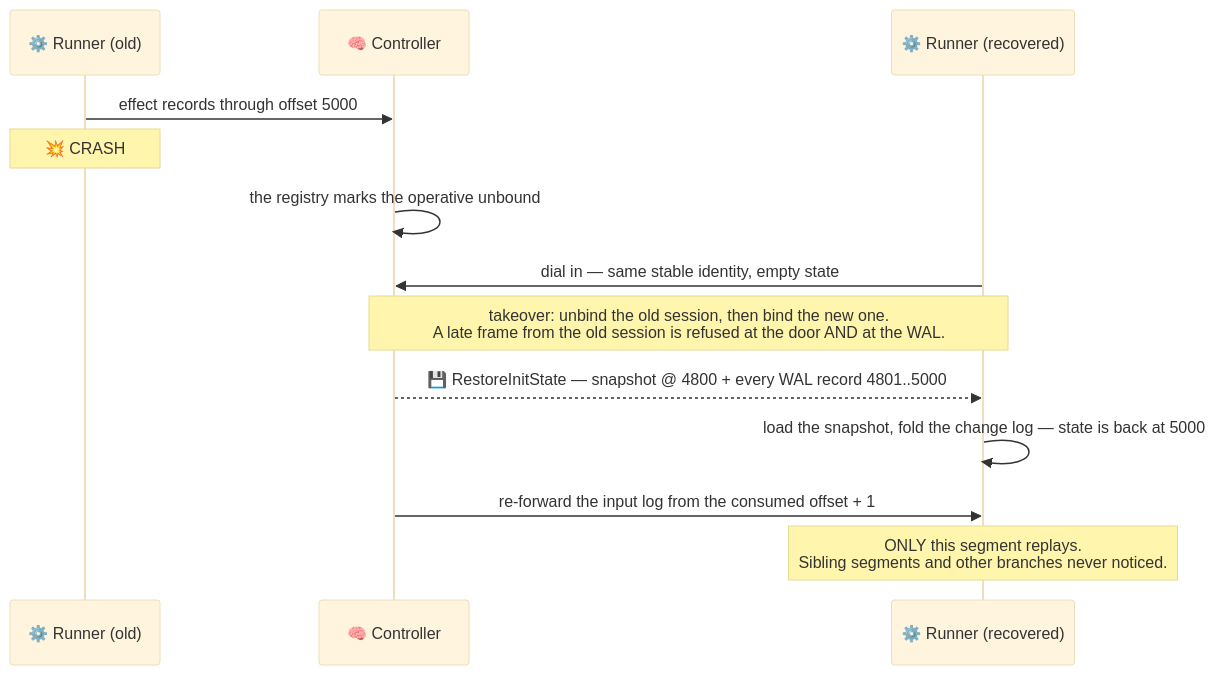
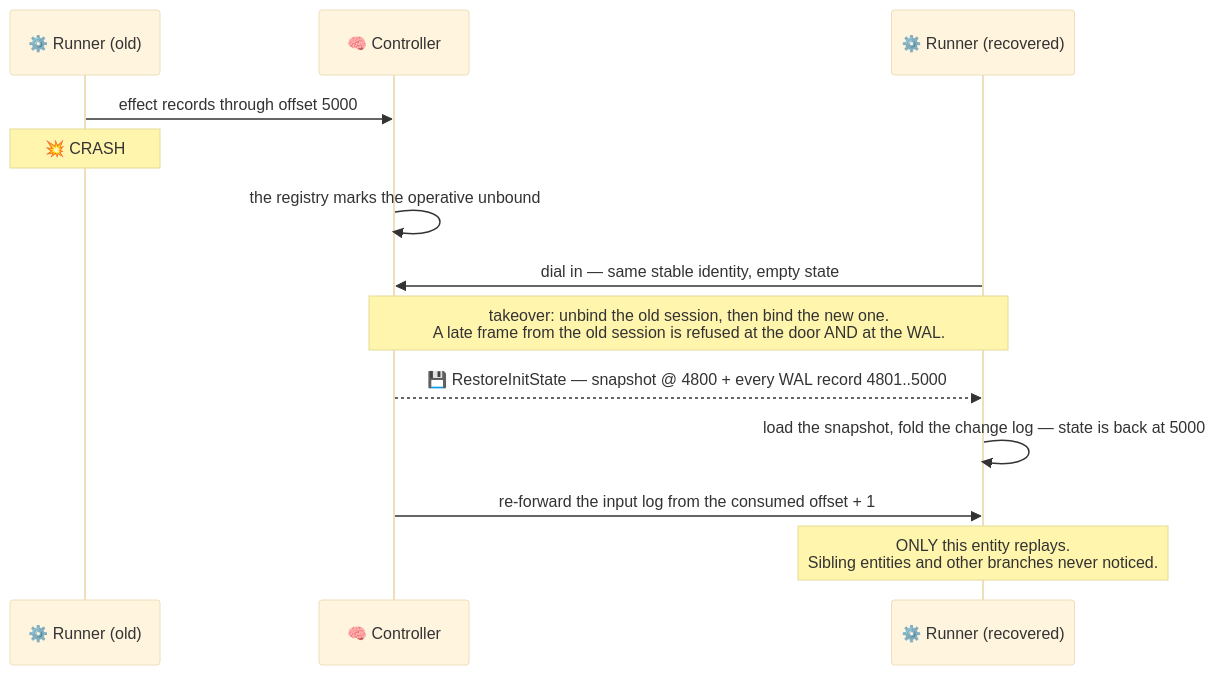
One commit to Flezha/flezha changed the second of 5 diagrams in docs/architecture/unbounded_profile.md. Above: the diagram before and after it, drawn with Mermaid (base theme). The commit also changed other lines of this file and 658 other files, not shown here.

````diff
--- a/docs/architecture/unbounded_profile.md
+++ b/docs/architecture/unbounded_profile.md
@@ -61,16 +61,16 @@
 ```mermaid
 sequenceDiagram
     participant EX as ⚙️ Runner (old)
     participant CTRL as 🧠 Controller
     participant EX2 as ⚙️ Runner (recovered)
 
     EX->>CTRL: effect records through offset 5000
     Note over EX: 💥 CRASH
     CTRL->>CTRL: the registry marks the operative unbound
     EX2->>CTRL: dial in — same stable identity, empty state
     Note over CTRL,EX2: takeover: unbind the old session, then bind the new one.<br/>A late frame from the old session is refused at the door AND at the WAL.
     CTRL-->>EX2: 💾 RestoreInitState — snapshot @ 4800 + every WAL record 4801..5000
     EX2->>EX2: load the snapshot, fold the change log — state is back at 5000
     CTRL->>EX2: re-forward the input log from the consumed offset + 1
-    Note over EX2: ONLY this segment replays.<br/>Sibling segments and other branches never noticed.
+    Note over EX2: ONLY this entity replays.<br/>Sibling entities and other branches never noticed.
 ```
````
